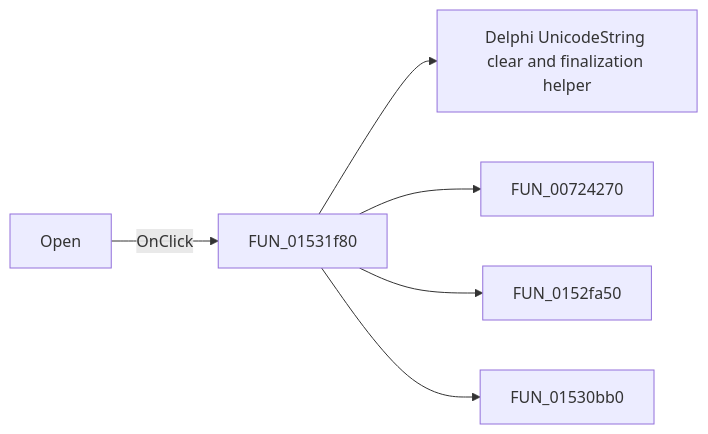
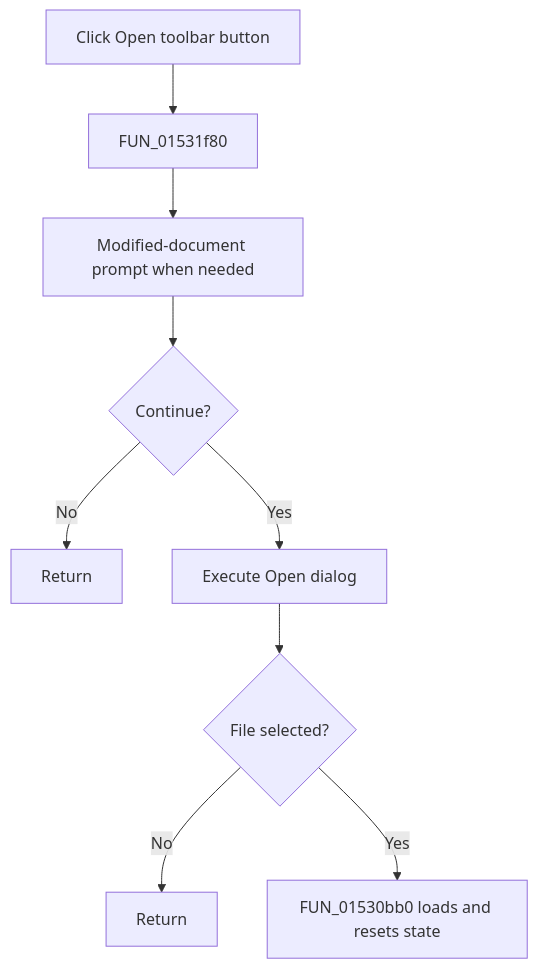
One commit to MovGP0/TIARA changed the diagram in docs/ui-controls/netlisteditor/openbutton-bd16e3c72a.md. Above: the diagram before and after it, drawn with Mermaid. The commit also changed other lines of this file and 1062 other files, not shown here.

````diff
--- a/docs/ui-controls/netlisteditor/openbutton-bd16e3c72a.md
+++ b/docs/ui-controls/netlisteditor/openbutton-bd16e3c72a.md
@@ -27,8 +29,11 @@
 ```mermaid
-flowchart LR
-    control["Open"] -->|OnClick| handler["FUN_01531f80"]
-    handler --> call1["Delphi UnicodeString clear and finalization helper"]
-    handler --> call2["FUN_00724270"]
-    handler --> call3["FUN_0152fa50"]
-    handler --> call4["FUN_01530bb0"]
+flowchart TD
+    control["Click Open toolbar button"] --> handler["FUN_01531f80"]
+    handler --> gate["Modified-document prompt when needed"]
+    gate --> allow{"Continue?"}
+    allow -->|No| stop["Return"]
+    allow -->|Yes| dialog["Execute Open dialog"]
+    dialog --> accepted{"File selected?"}
+    accepted -->|No| cancel["Return"]
+    accepted -->|Yes| load["FUN_01530bb0 loads and resets state"]
 ```
````
